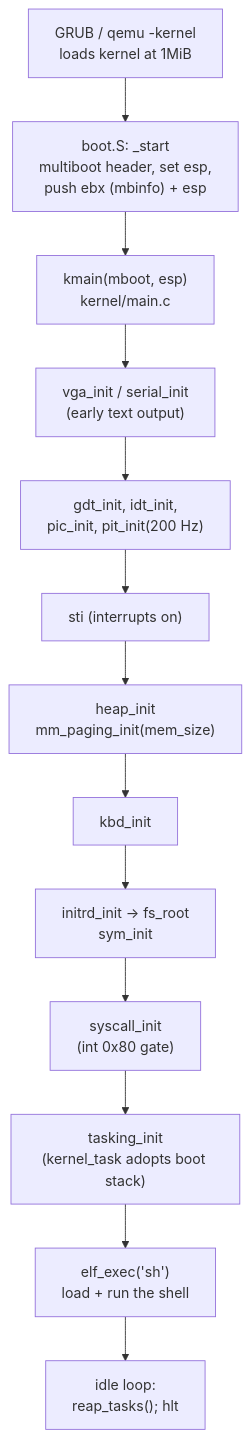
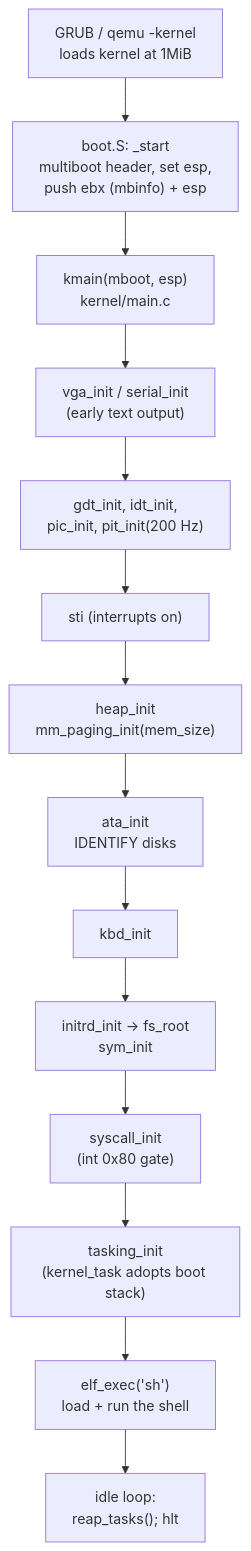
The second of 8 diagrams in docs/ARCHITECTURE.md (gsass1/nos), drawn with Mermaid before and after one commit. The commit also changed other lines of this file and 7 other files, not shown here.

````diff
--- a/docs/ARCHITECTURE.md
+++ b/docs/ARCHITECTURE.md
@@ -92,15 +94,16 @@
 ```mermaid
 flowchart TD
     A["GRUB / qemu -kernel<br/>loads kernel at 1MiB"] --> B["boot.S: _start<br/>multiboot header, set esp,<br/>push ebx (mbinfo) + esp"]
     B --> C["kmain(mboot, esp)<br/>kernel/main.c"]
     C --> D["vga_init / serial_init<br/>(early text output)"]
     D --> E["gdt_init, idt_init,<br/>pic_init, pit_init(200 Hz)"]
     E --> F["sti (interrupts on)"]
     F --> G["heap_init<br/>mm_paging_init(mem_size)"]
-    G --> H["kbd_init"]
-    H --> I["initrd_init -> fs_root<br/>sym_init"]
+    G --> H["ata_init<br/>IDENTIFY disks"]
+    H --> H2["kbd_init"]
+    H2 --> I["initrd_init -> fs_root<br/>sym_init"]
     I --> J["syscall_init<br/>(int 0x80 gate)"]
     J --> K["tasking_init<br/>(kernel_task adopts boot stack)"]
     K --> L["elf_exec('sh')<br/>load + run the shell"]
     L --> M["idle loop:<br/>reap_tasks(); hlt"]
 ```
````
